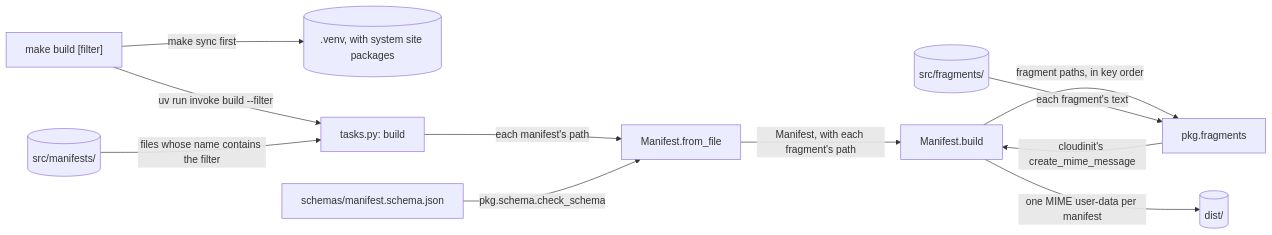
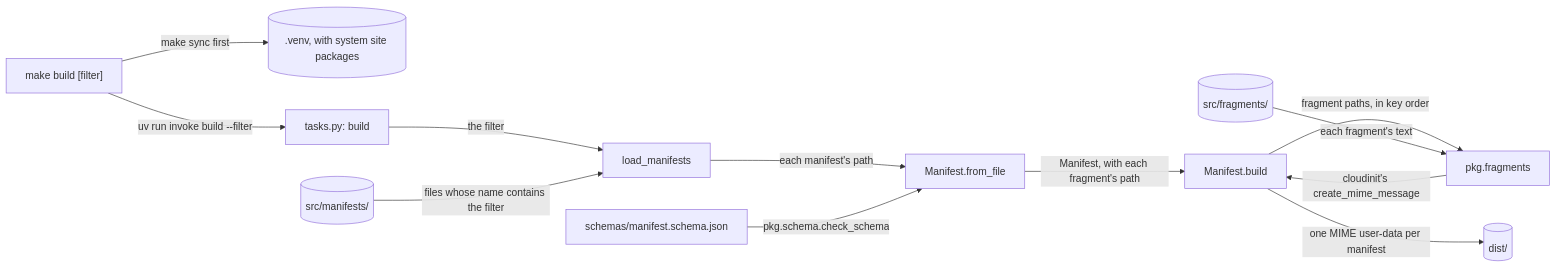
One commit to froazin/wsl changed the diagram in docs/build.md. Above: the diagram before and after it, drawn with Mermaid. The commit also changed other lines of this file and 22 other files, not shown here.

First line of the commit message:
ci: Rebuild the checks and releases on the manifest build

````diff
--- a/docs/build.md
+++ b/docs/build.md
@@ -27,15 +27,16 @@
 ```mermaid
 flowchart LR
     accTitle: How make build turns the manifests into dist
-    accDescr: make build sets up the venv with make sync, then runs invoke build. The build task picks the manifests in src/manifests whose file name contains the filter. Manifest.from_file reads each one, checks it with pkg.schema against schemas/manifest.schema.json and resolves its fragment names to paths in src/fragments. Manifest.build passes the paths to pkg.fragments, which joins them with cloud-init's create_mime_message and returns the user-data, which build writes to dist.
+    accDescr: make build sets up the venv with make sync, then runs invoke build. The build task calls load_manifests, which picks the manifests in src/manifests whose file name contains the filter. Manifest.from_file reads each one, checks it with pkg.schema against schemas/manifest.schema.json and resolves its fragment names to paths in src/fragments. Manifest.build passes the paths to pkg.fragments, which joins them with cloud-init's create_mime_message and returns the user-data, which build writes to dist.
     make["make build [filter]"] -->|"make sync first"| venv[(".venv, with system site packages")]
     make -->|"uv run invoke build --filter"| task["tasks.py: build"]
-    manifests[("src/manifests/")] -->|"files whose name contains the filter"| task
-    task -->|"each manifest's path"| load["Manifest.from_file"]
+    task -->|"the filter"| find["load_manifests"]
+    manifests[("src/manifests/")] -->|"files whose name contains the filter"| find
+    find -->|"each manifest's path"| load["Manifest.from_file"]
     schema["schemas/manifest.schema.json"] -->|"pkg.schema.check_schema"| load
     load -->|"Manifest, with each fragment's path"| build["Manifest.build"]
     build -->|"fragment paths, in key order"| join["pkg.fragments"]
     fragments[("src/fragments/")] -->|"each fragment's text"| join
     join -->|"cloudinit's create_mime_message"| build
     build -->|"one MIME user-data per manifest"| dist[("dist/")]
 ```
````
